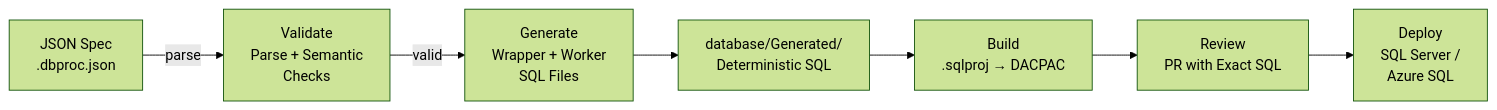
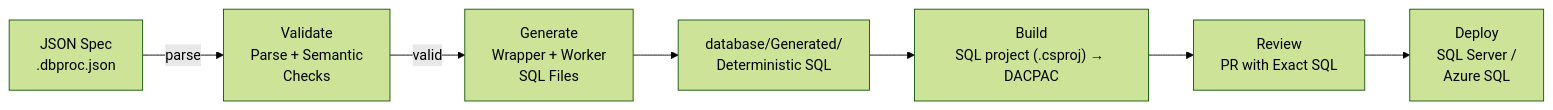
One commit to Clinical-Support-Systems/DbProcGen changed the first of 3 diagrams in README.md. Above: the diagram before and after it, drawn with Mermaid (forest theme). The commit also changed other lines of this file and 10 other files, not shown here.

First line of the commit message:
Migrate SQL project from Microsoft.Build.Sql to MSBuild.Sdk.SqlProj

````diff
--- a/README.md
+++ b/README.md
@@ -70,9 +70,9 @@
 ```mermaid
 flowchart LR
     A["JSON Spec\n.dbproc.json"] -->|parse| B["Validate\nParse + Semantic\nChecks"]
     B -->|valid| C["Generate\nWrapper + Worker\nSQL Files"]
     C --> D["database/Generated/\nDeterministic SQL"]
-    D --> E["Build\n.sqlproj → DACPAC"]
+    D --> E["Build\nSQL project (.csproj) → DACPAC"]
     E --> F["Review\nPR with Exact SQL"]
     F --> G["Deploy\nSQL Server /\nAzure SQL"]
 ```
````
